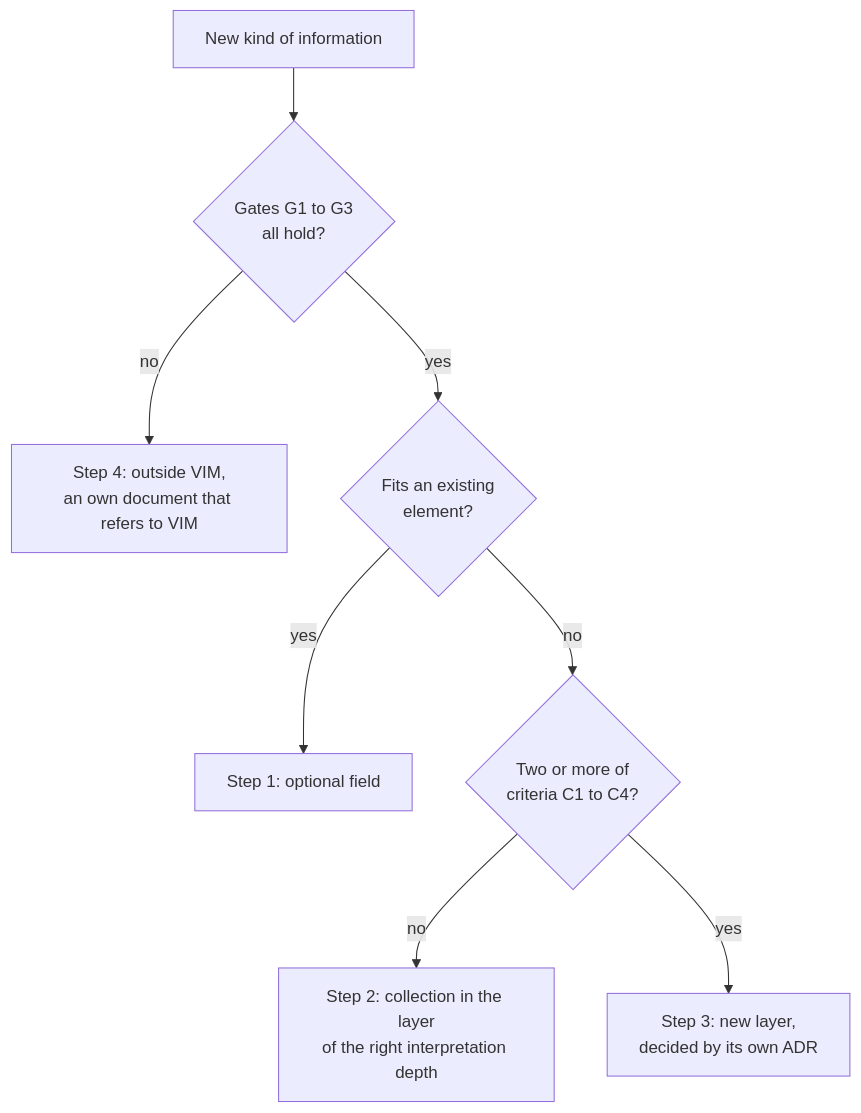
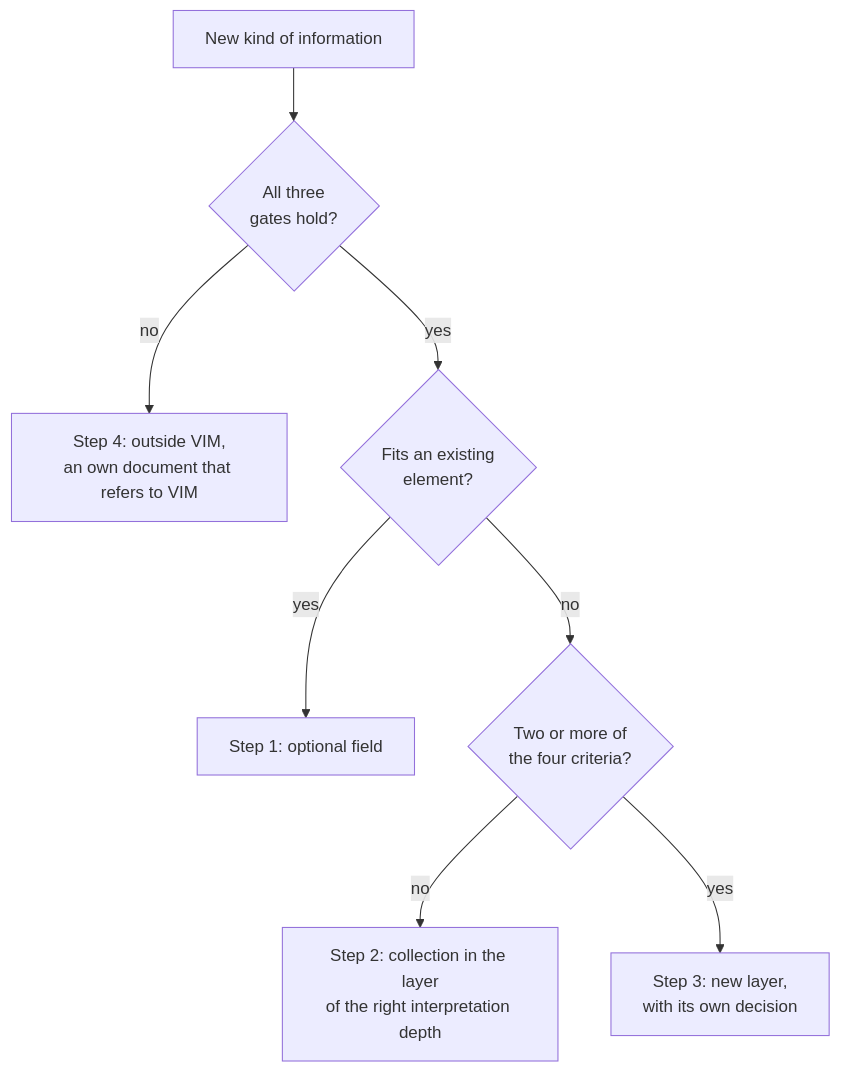
Before and after one commit to cassandragargoyle/api: the diagram in docs/book/vim/chapters/05-a-promise-in-json-schema.md, drawn with Mermaid. The commit also changed other lines of this file and 22 other files, not shown here.

````diff
--- a/docs/book/vim/chapters/05-a-promise-in-json-schema.md
+++ b/docs/book/vim/chapters/05-a-promise-in-json-schema.md
@@ -121,11 +129,11 @@
 ```mermaid
-%% caption: The decision ladder of ADR-009: a new VIM layer is the last step, after three gates and at least two of four criteria
+%% caption: The decision ladder: a new VIM layer is the last step, after three gates and at least two of four criteria
 flowchart TD
-    n["New kind of information"] --> g{"Gates G1 to G3<br/>all hold?"}
+    n["New kind of information"] --> g{"All three<br/>gates hold?"}
     g -- no --> s4["Step 4: outside VIM,<br/>an own document that refers to VIM"]
     g -- yes --> e{"Fits an existing<br/>element?"}
     e -- yes --> s1["Step 1: optional field"]
-    e -- no --> c{"Two or more of<br/>criteria C1 to C4?"}
+    e -- no --> c{"Two or more of<br/>the four criteria?"}
     c -- no --> s2["Step 2: collection in the layer<br/>of the right interpretation depth"]
-    c -- yes --> s3["Step 3: new layer,<br/>decided by its own ADR"]
+    c -- yes --> s3["Step 3: new layer,<br/>with its own decision"]
 ```
````
